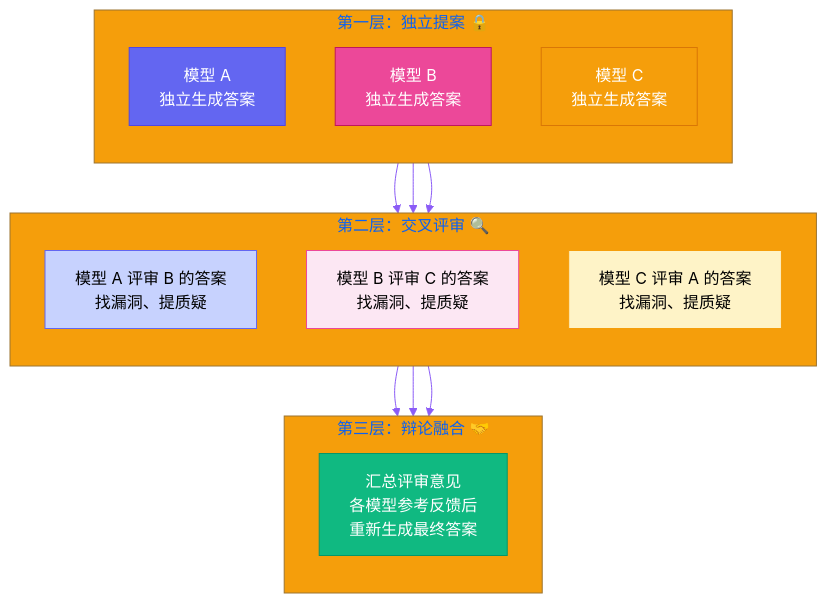
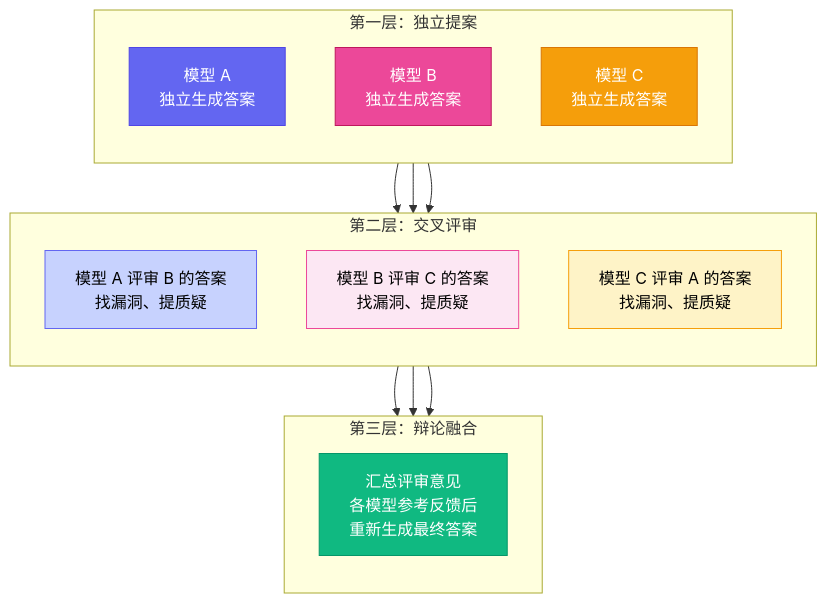
Before and after one commit to VokoForge/ai-prism: the first of 3 diagrams in posts/yason-and-roberts/zh/ch05.md, drawn with Mermaid. The commit also changed other lines of this file and 31 other files, not shown here.

First line of the commit message:
✨ Rewrite all articles: hook titles, Mermaid diagrams, engaging style

````diff
--- a/posts/yason-and-roberts/zh/ch05.md
+++ b/posts/yason-and-roberts/zh/ch05.md
@@ -30,37 +30,36 @@
 ```mermaid
-%%{init: {'theme': 'base', 'themeVariables': {'primaryColor': '#6366f1','primaryTextColor': '#fff','primaryBorderColor': '#4f46e5','lineColor': '#8b5cf6','secondaryColor': '#ec4899','tertiaryColor': '#f59e0b'}}}%%
 flowchart TB
-    subgraph "第一层：独立提案 🔒"
+    subgraph "第一层：独立提案"
         direction TB
         P1["模型 A<br>独立生成答案"]
         P2["模型 B<br>独立生成答案"]
         P3["模型 C<br>独立生成答案"]
     end
 
-    subgraph "第二层：交叉评审 🔍"
+    subgraph "第二层：交叉评审"
         direction TB
         C1["模型 A 评审 B 的答案<br>找漏洞、提质疑"]
         C2["模型 B 评审 C 的答案<br>找漏洞、提质疑"]
         C3["模型 C 评审 A 的答案<br>找漏洞、提质疑"]
     end
 
-    subgraph "第三层：辩论融合 🤝"
+    subgraph "第三层：辩论融合"
         direction TB
         D["汇总评审意见<br>各模型参考反馈后<br>重新生成最终答案"]
     end
 
-    P1 --> C2
-    P2 --> C3
-    P3 --> C1
+    P1 --> C1
+    P2 --> C2
+    P3 --> C3
     C1 --> D
     C2 --> D
     C3 --> D
 
     style P1 fill:#6366f1,stroke:#4f46e5,color:#fff
     style P2 fill:#ec4899,stroke:#be185d,color:#fff
     style P3 fill:#f59e0b,stroke:#d97706,color:#fff
     style C1 fill:#c7d2fe,stroke:#6366f1,color:#000
     style C2 fill:#fce7f3,stroke:#ec4899,color:#000
     style C3 fill:#fef3c7,stroke:#f59e0b,color:#000
     style D fill:#10b981,stroke:#059669,color:#fff
 ```
````
